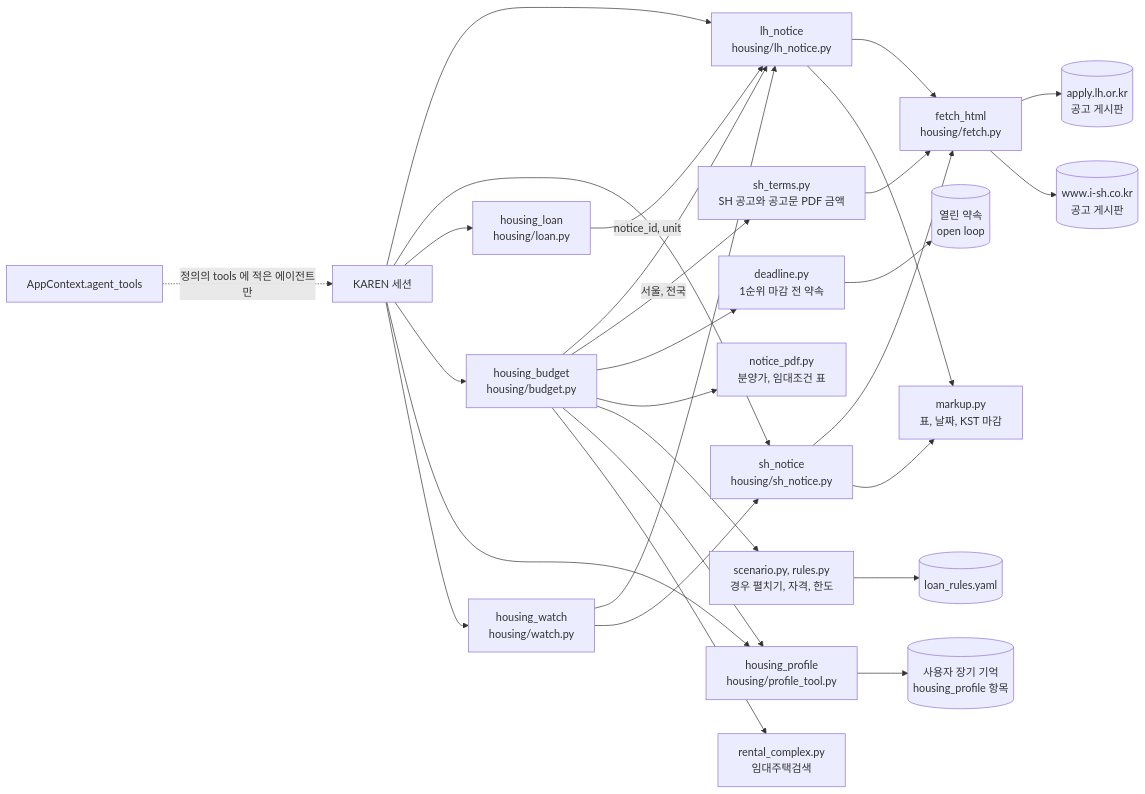
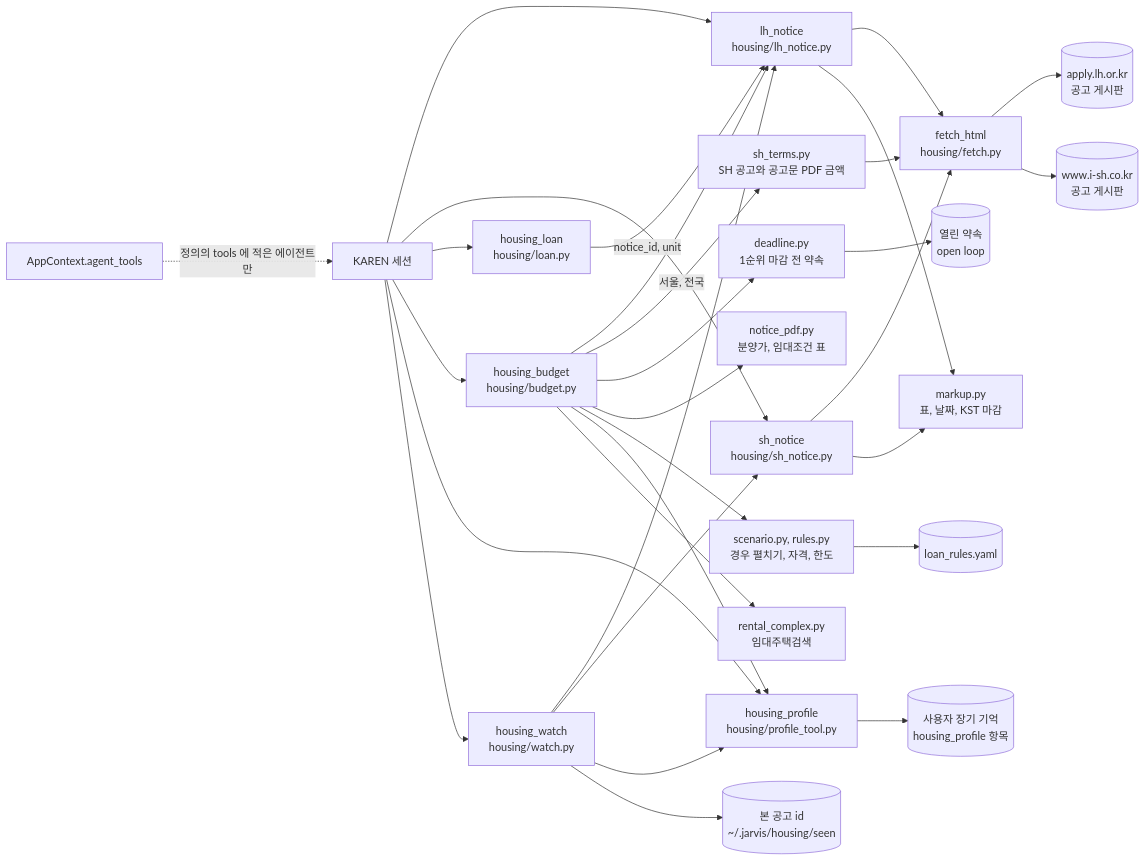
The third of 3 diagrams in website/docs/agents/karen/housing.md (ash-hun/jarvis-agent), drawn with Mermaid before and after one commit. The commit also changed other lines of this file and 58 other files, not shown here.

Commit message:
Docs: 명세, README, 문서 사이트를 지금 코드에 맞추고, figure 의 내용과 배치를 고친다

````diff
--- a/website/docs/agents/karen/housing.md
+++ b/website/docs/agents/karen/housing.md
@@ -296,30 +298,32 @@
 ```mermaid
 flowchart LR
   K[KAREN 세션] --> LH[lh_notice<br/>housing/lh_notice.py]
   K --> SH[sh_notice<br/>housing/sh_notice.py]
   K --> LOAN[housing_loan<br/>housing/loan.py]
   K --> BUD[housing_budget<br/>housing/budget.py]
   K --> PROF[housing_profile<br/>housing/profile_tool.py]
   BUD --> LH
   BUD -->|서울, 전국| SHT[sh_terms.py<br/>SH 공고와 공고문 PDF 금액]
   SHT --> FETCH
   BUD --> DL[deadline.py<br/>1순위 마감 전 약속]
   DL --> LOOPS[(열린 약속<br/>open loop)]
   K --> WATCH[housing_watch<br/>housing/watch.py]
   WATCH --> LH
   WATCH --> SH
+  WATCH --> PROF
+  WATCH --> SEEN[(본 공고 id<br/>~/.jarvis/housing/seen)]
   BUD --> PDF[notice_pdf.py<br/>분양가, 임대조건 표]
   BUD --> SCN["scenario.py, rules.py<br/>경우 펼치기, 자격, 한도"]
   SCN --> RULES[("loan_rules.yaml")]
   BUD --> PROF
   PROF --> MEM[("사용자 장기 기억<br/>housing_profile 항목")]
   BUD --> CPX[rental_complex.py<br/>임대주택검색]
   LOAN -->|notice_id, unit| LH
   LH --> FETCH[fetch_html<br/>housing/fetch.py]
   SH --> FETCH
   FETCH --> LHS[(apply.lh.or.kr<br/>공고 게시판)]
   FETCH --> SHS[(www.i-sh.co.kr<br/>공고 게시판)]
   LH --> MK[markup.py<br/>표, 날짜, KST 마감]
   SH --> MK
   CTX[AppContext.agent_tools] -. 정의의 tools 에 적은 에이전트만 .-> K
 ```
````
